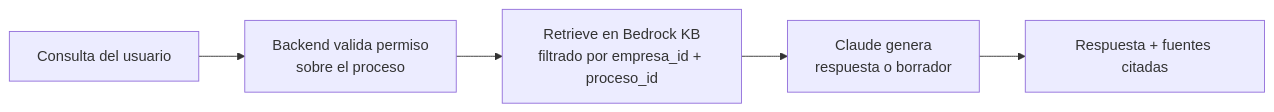
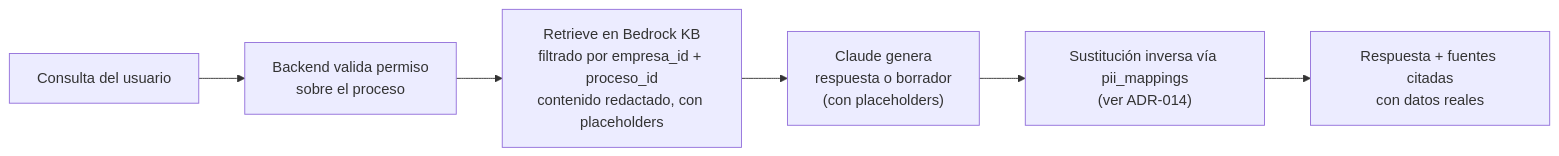
Before and after one commit to cincuentaydos/DocLens.Docs: the second of 2 diagrams in docs/architecture.md, drawn with Mermaid. The commit also changed other lines of this file and 6 other files, not shown here.

Commit message:
architecture diagram added

````diff
--- a/docs/architecture.md
+++ b/docs/architecture.md
@@ -145,7 +187,8 @@
 ```mermaid
 flowchart LR
     A["Consulta del usuario"] --> B["Backend valida permiso\nsobre el proceso"]
-    B --> C["Retrieve en Bedrock KB\nfiltrado por empresa_id + proceso_id"]
-    C --> D["Claude genera\nrespuesta o borrador"]
-    D --> E["Respuesta + fuentes citadas"]
+    B --> C["Retrieve en Bedrock KB\nfiltrado por empresa_id + proceso_id\ncontenido redactado, con placeholders"]
+    C --> D["Claude genera\nrespuesta o borrador\n(con placeholders)"]
+    D --> E["Sustitución inversa vía pii_mappings\n(ver ADR-014)"]
+    E --> F["Respuesta + fuentes citadas\ncon datos reales"]
 ```
````
